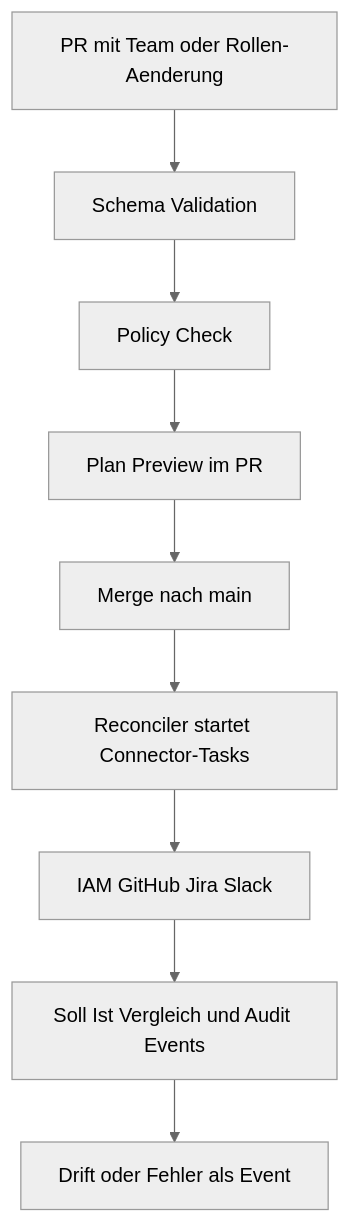
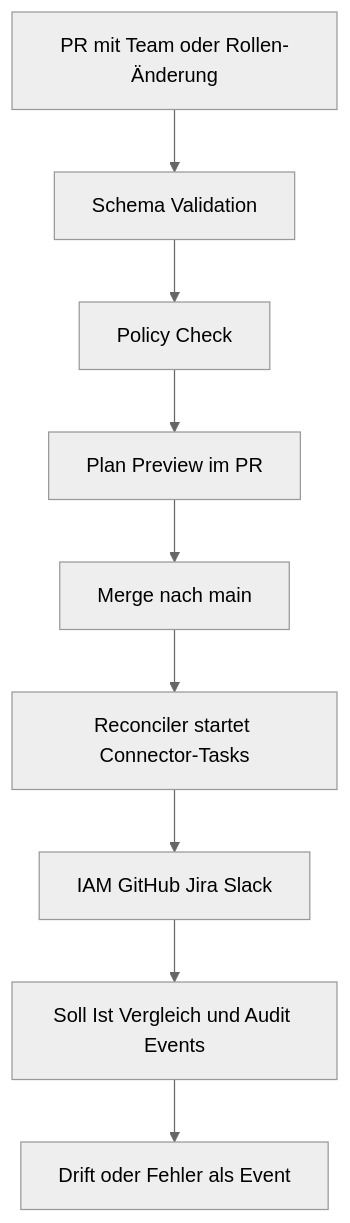
The diagram in docs/de/oac-enterprise-control-plane-mvp.md (notariat8/NaC), drawn with Mermaid (neutral theme) before and after one commit. The commit also changed other lines of this file and 231 other files, not shown here.

````diff
--- a/docs/de/oac-enterprise-control-plane-mvp.md
+++ b/docs/de/oac-enterprise-control-plane-mvp.md
@@ -39,11 +39,11 @@
 ```mermaid
 flowchart TD
-    A[PR mit Team oder Rollen-Aenderung] --> B[Schema Validation]
+    A[PR mit Team oder Rollen-Änderung] --> B[Schema Validation]
     B --> C[Policy Check]
     C --> D[Plan Preview im PR]
     D --> E[Merge nach main]
     E --> F[Reconciler startet Connector-Tasks]
     F --> G[IAM GitHub Jira Slack]
     G --> H[Soll Ist Vergleich und Audit Events]
     H --> I[Drift oder Fehler als Event]
 ```
````
